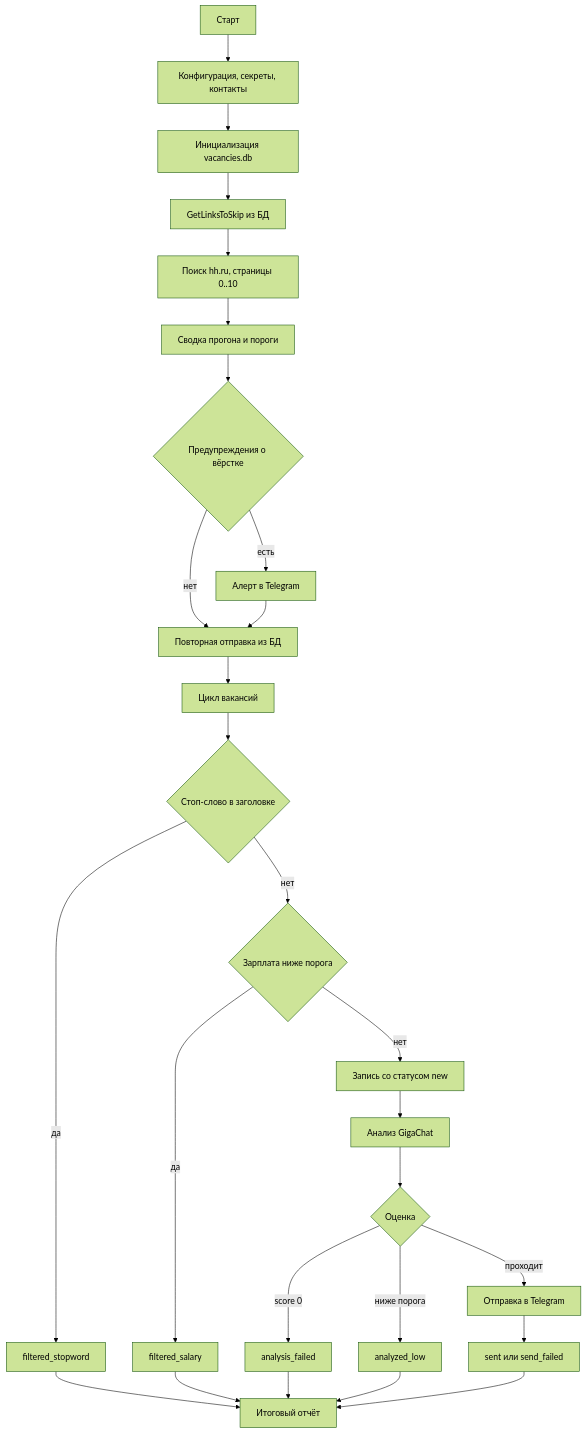
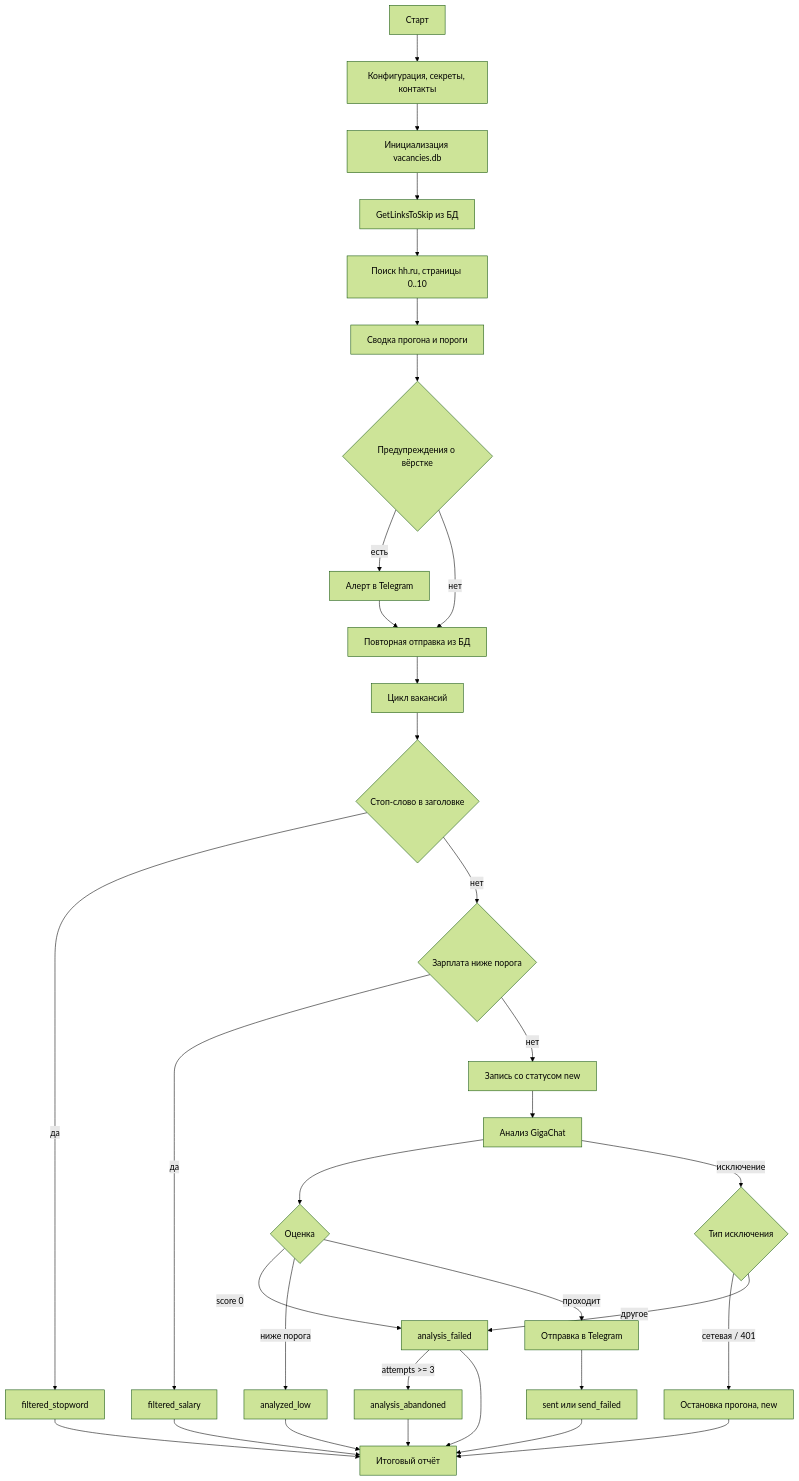
One commit to H09an/AiRecruiter changed the first of 2 diagrams in docs/architecture.md. Above: the diagram before and after it, drawn with Mermaid (forest theme). The commit also changed other lines of this file and 23 other files, not shown here.

First line of the commit message:
feat(storage): attempts, analysis_abandoned и статусы (3.2a)

````diff
--- a/docs/architecture.md
+++ b/docs/architecture.md
@@ -103,29 +114,35 @@
 ```mermaid
 flowchart TD
     A[Старт] --> B[Конфигурация, секреты, контакты]
     B --> C[Инициализация vacancies.db]
     C --> E[GetLinksToSkip из БД]
     E --> F[Поиск hh.ru, страницы 0..10]
     F --> G[Сводка прогона и пороги]
     G --> H{Предупреждения о вёрстке}
     H -->|есть| I[Алерт в Telegram]
     H -->|нет| J
     I --> J[Повторная отправка из БД]
     J --> K[Цикл вакансий]
     K --> L{Стоп-слово в заголовке}
     L -->|да| M[filtered_stopword]
     L -->|нет| N{Зарплата ниже порога}
     N -->|да| O[filtered_salary]
     N -->|нет| P2[Запись со статусом new]
     P2 --> P[Анализ GigaChat]
     P --> Q{Оценка}
     Q -->|score 0| R[analysis_failed]
     Q -->|ниже порога| S[analyzed_low]
     Q -->|проходит| T[Отправка в Telegram]
     T --> U[sent или send_failed]
+    P -->|исключение| X{Тип исключения}
+    X -->|сетевая / 401| STOP[Остановка прогона, new]
+    X -->|другое| R
+    R -->|attempts >= 3| AB[analysis_abandoned]
+    AB --> Z
+    STOP --> Z
     M --> Z[Итоговый отчёт]
     O --> Z
     R --> Z
     S --> Z
     U --> Z
 ```
````
